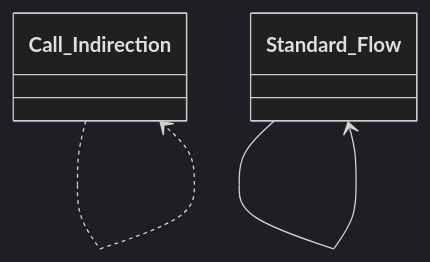
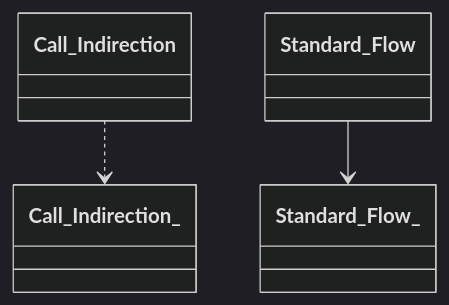
Before and after one commit to codekrolik2/Werk2: the second of 6 diagrams in Docs/Functions and Listener Projection with examples.md, drawn with Mermaid (dark theme). The commit also changed other lines of this file and 32 other files, not shown here.

````diff
--- a/Docs/Functions and Listener Projection with examples.md
+++ b/Docs/Functions and Listener Projection with examples.md
@@ -40,5 +40,5 @@
 ```mermaid
 classDiagram
-Call_Indirection ..> Call_Indirection
-Standard_Flow --> Standard_Flow
+Call_Indirection ..> Call_Indirection_
+Standard_Flow --> Standard_Flow_
 ```
````
